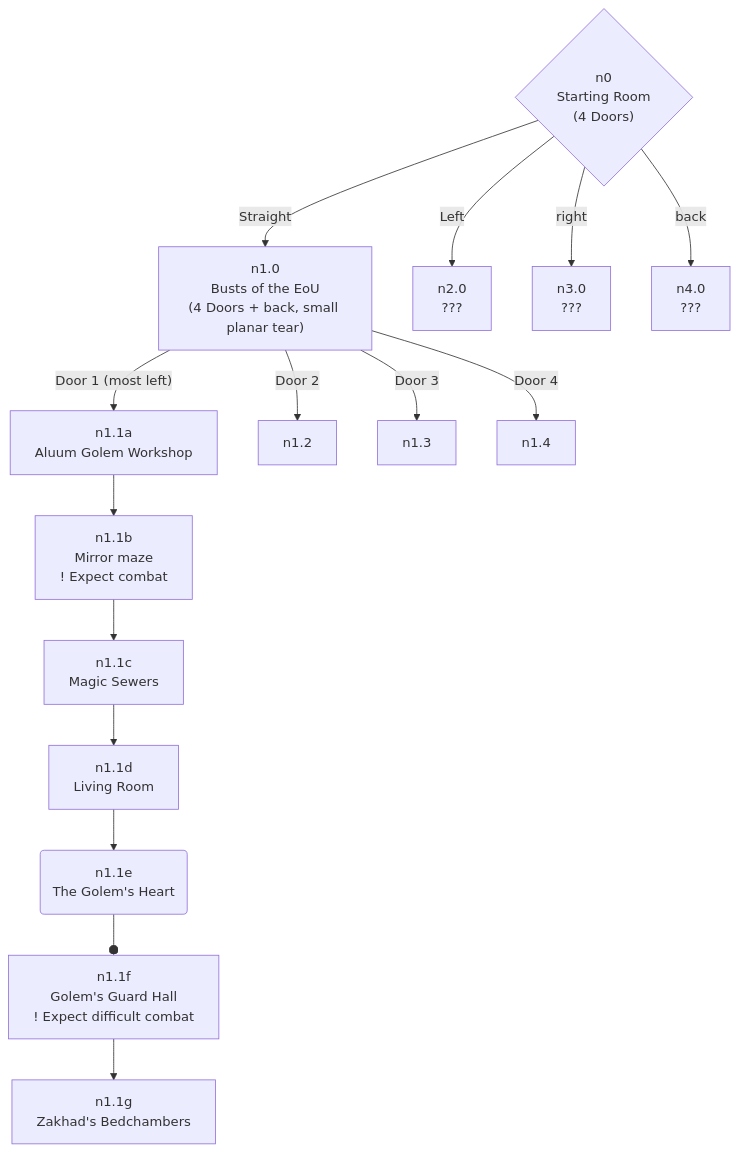
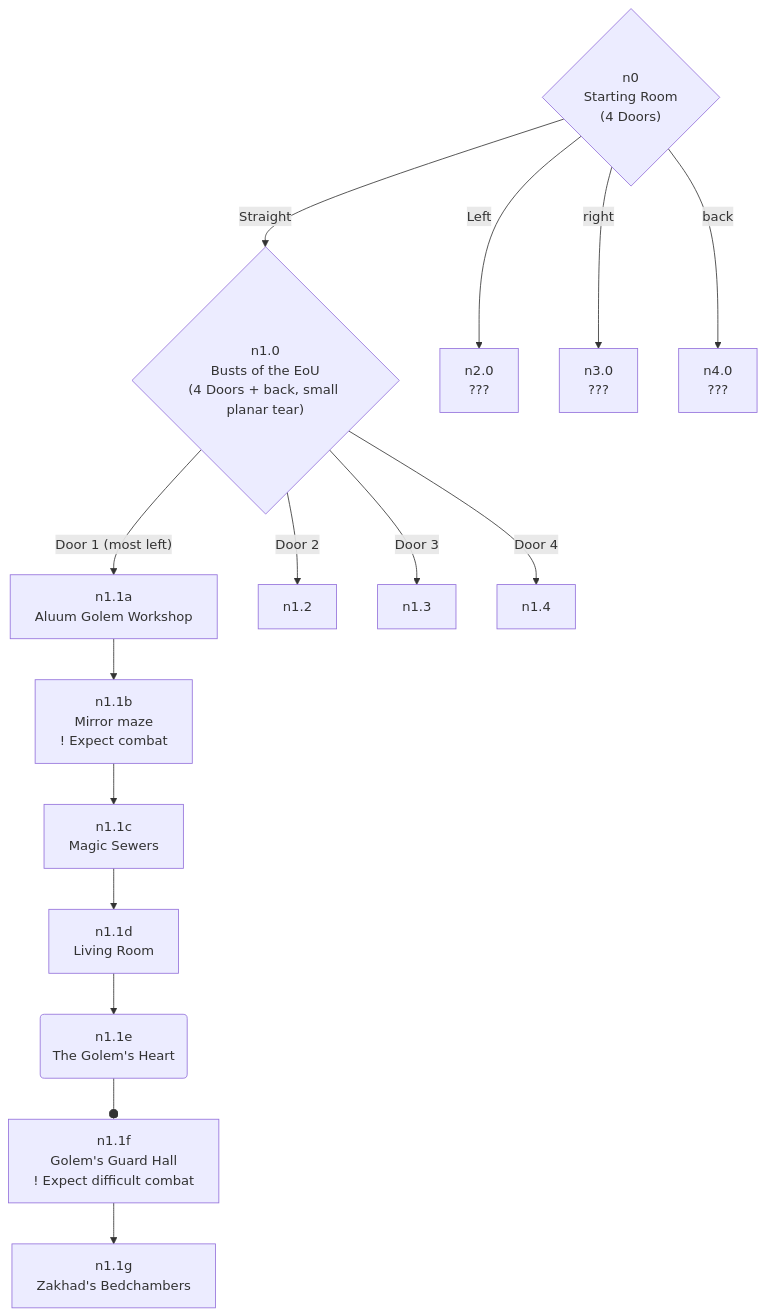
One commit to Zorth/void_player_wiki changed the diagram in content/World Notes/Wizard tower of Zakhad.md. Above: the diagram before and after it, drawn with Mermaid.

Commit message:
update mistake shape

````diff
--- a/content/World Notes/Wizard tower of Zakhad.md
+++ b/content/World Notes/Wizard tower of Zakhad.md
@@ -16,36 +16,36 @@
 ```mermaid
 flowchart TB
 
 	n0{"n0<br>Starting Room<br>(4 Doors)"}
 	n0 -- Straight --> n1.0
 	n0 -- Left --> n2.0
 	n0 -- right --> n3.0
 	n0 -- back --> n4.0
 	
-	n1.0["n1.0<br>Busts of the EoU<br>(4 Doors + back, small planar tear)"]
+	n1.0{"n1.0<br>Busts of the EoU<br>(4 Doors + back, small planar tear)"}
 	n1.0 -- Door 1 (most left) --> n1.1a
 	n1.0 -- Door 2 --> n1.2
 	n1.0 -- Door 3 --> n1.3
 	n1.0 -- Door 4 --> n1.4
 
 	n1.1a["n1.1a<br>Aluum Golem Workshop"]
 	n1.1a --> n1.1b
 	n1.1b["n1.1b<br>Mirror maze<br>! Expect combat"]
 	n1.1b --> n1.1c
 	n1.1c["n1.1c<br>Magic Sewers"]
 	n1.1c --> n1.1d
 	n1.1d["n1.1d<br>Living Room"]
 	n1.1d --> n1.1e
 	n1.1e("n1.1e<br>The Golem's Heart")
 	n1.1e --o n1.1f
 	n1.1f["n1.1f<br>Golem's Guard Hall<br>! Expect difficult combat"]
 	n1.1f --> n1.1g
 	n1.1g["n1.1g<br>Zakhad's Bedchambers"]
 	
 	n2.0[n2.0<br>???]
 
 	n3.0[n3.0<br>???]
 	
 	n4.0[n4.0<br>???]
 
 ```
````
